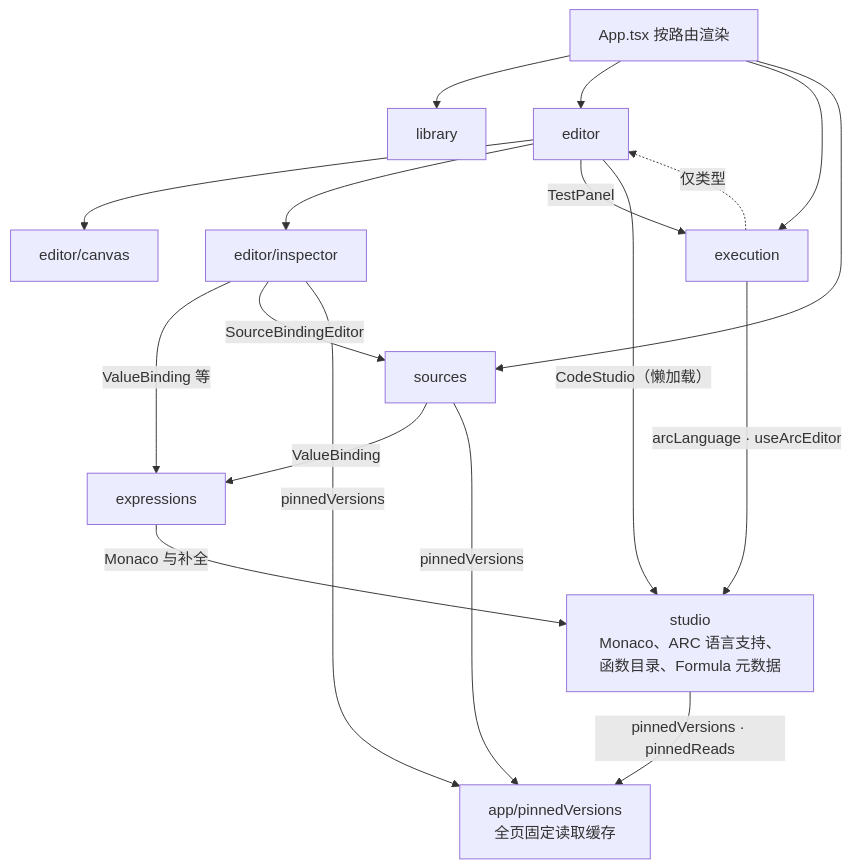
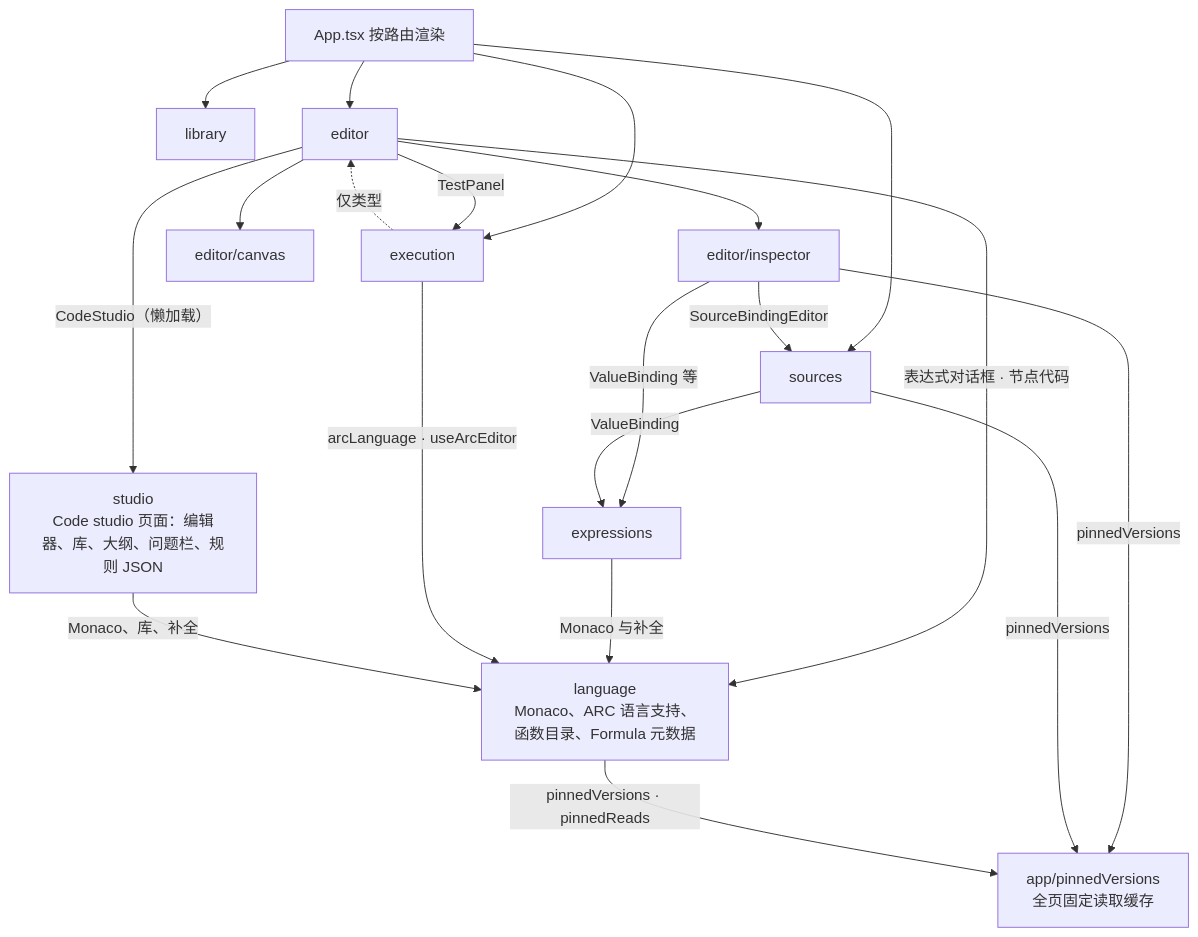
One commit to SoooEZ/arc changed the third of 3 diagrams in docs/frontend-guide.md. Above: the diagram before and after it, drawn with Mermaid. The commit also changed other lines of this file and 6 other files, not shown here.

````diff
--- a/docs/frontend-guide.md
+++ b/docs/frontend-guide.md
@@ -59,18 +59,21 @@
 ```mermaid
 flowchart TB
   App["App.tsx 按路由渲染"] --> library & editor & execution & sources
   editor --> canvas["editor/canvas"] & inspector["editor/inspector"]
   editor -->|"TestPanel"| execution
   editor -->|"CodeStudio（懒加载）"| studio
+  editor -->|"表达式对话框 · 节点代码"| language
   execution -.->|"仅类型"| editor
   inspector -->|"ValueBinding 等"| expressions
   inspector -->|"SourceBindingEditor"| sources
   sources -->|"ValueBinding"| expressions
-  expressions -->|"Monaco 与补全"| studio
-  execution -->|"arcLanguage · useArcEditor"| studio
+  expressions -->|"Monaco 与补全"| language
+  execution -->|"arcLanguage · useArcEditor"| language
+  studio -->|"Monaco、库、补全"| language
   inspector -->|"pinnedVersions"| caches
   sources -->|"pinnedVersions"| caches
-  studio -->|"pinnedVersions · pinnedReads"| caches
-  studio["studio<br/>Monaco、ARC 语言支持、函数目录、Formula 元数据"]
+  language -->|"pinnedVersions · pinnedReads"| caches
+  studio["studio<br/>Code studio 页面：编辑器、库、大纲、问题栏、规则 JSON"]
+  language["language<br/>Monaco、ARC 语言支持、函数目录、Formula 元数据"]
   caches["app/pinnedVersions<br/>全页固定读取缓存"]
 ```
````
